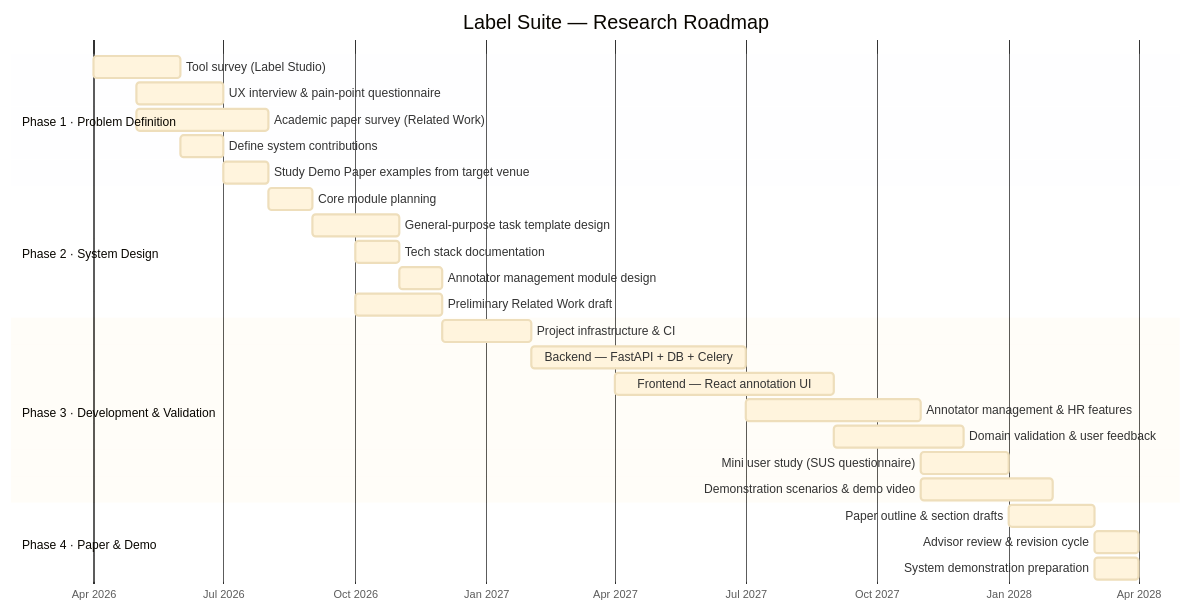
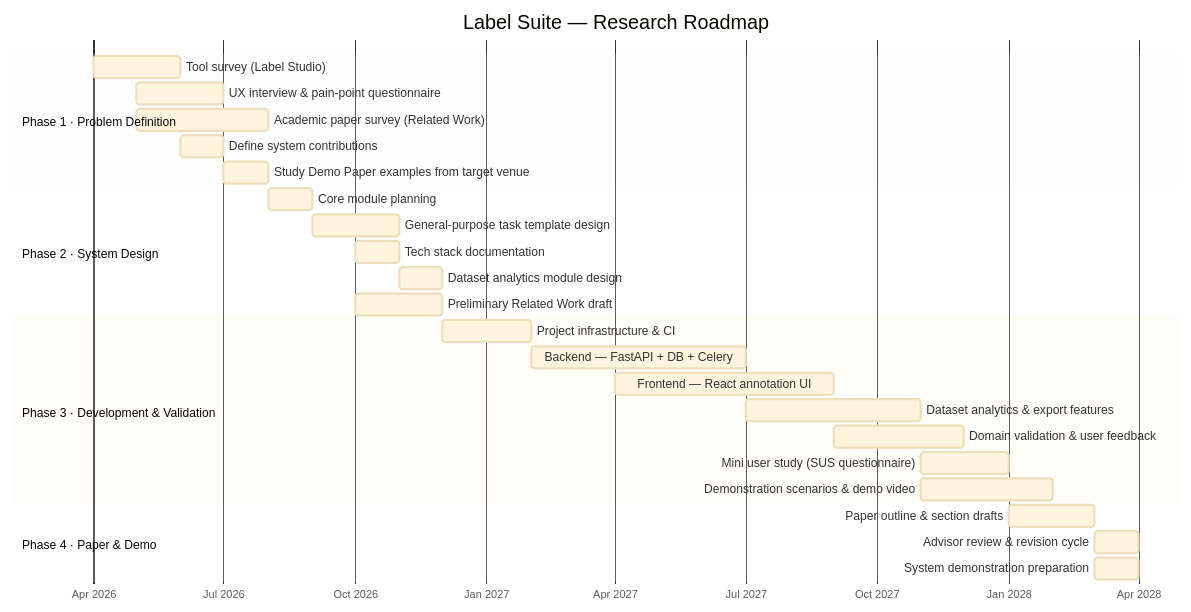
One commit to singyichen/label-suite changed the diagram in README.md. Above: the diagram before and after it, drawn with Mermaid. The commit also changed other lines of this file and 27 other files, not shown here.

Commit message:
docs: remove annotator management planning

````diff
--- a/README.md
+++ b/README.md
@@ -110,46 +105,46 @@
 ```mermaid
 %%{init: {
   "theme": "base",
   "themeVariables": {
     "cScale0": "#3B82F6",
     "cScale1": "#8B5CF6",
     "cScale2": "#10B981",
     "cScale3": "#F59E0B",
     "gridColor": "#E5E7EB",
     "todayLineColor": "#EF4444",
     "fontSize": "14px"
   }
 }}%%
 gantt
     title Label Suite — Research Roadmap
     dateFormat  YYYY-MM-DD
     axisFormat  %b %Y
 
     section Phase 1 · Problem Definition
     Tool survey (Label Studio)                    :p1a, 2026-04-01, 2026-06-01
     UX interview & pain-point questionnaire       :p1d, 2026-05-01, 2026-07-01
     Academic paper survey (Related Work)          :p1e, 2026-05-01, 2026-08-01
     Define system contributions                   :p1b, 2026-06-01, 2026-07-01
     Study Demo Paper examples from target venue   :p1c, 2026-07-01, 2026-08-01
 
     section Phase 2 · System Design
     Core module planning                          :p2a, 2026-08-01, 2026-09-01
     General-purpose task template design          :p2b, 2026-09-01, 2026-11-01
     Tech stack documentation                      :p2c, 2026-10-01, 2026-11-01
-    Annotator management module design            :p2d, 2026-11-01, 2026-12-01
+    Dataset analytics module design               :p2d, 2026-11-01, 2026-12-01
     Preliminary Related Work draft                :p2e, 2026-10-01, 2026-12-01
 
     section Phase 3 · Development & Validation
     Project infrastructure & CI                   :p3a, 2026-12-01, 2027-02-01
     Backend — FastAPI + DB + Celery               :p3b, 2027-02-01, 2027-07-01
     Frontend — React annotation UI                :p3c, 2027-04-01, 2027-09-01
-    Annotator management & HR features            :p3d, 2027-07-01, 2027-11-01
+    Dataset analytics & export features           :p3d, 2027-07-01, 2027-11-01
     Domain validation & user feedback             :p3e, 2027-09-01, 2027-12-01
     Mini user study (SUS questionnaire)           :p3g, 2027-11-01, 2028-01-01
     Demonstration scenarios & demo video          :p3h, 2027-11-01, 2028-02-01
 
     section Phase 4 · Paper & Demo
     Paper outline & section drafts                :p4a, 2028-01-01, 2028-03-01
     Advisor review & revision cycle               :p4b, 2028-03-01, 2028-04-01
     System demonstration preparation              :p4c, 2028-03-01, 2028-04-01
 ```
````
